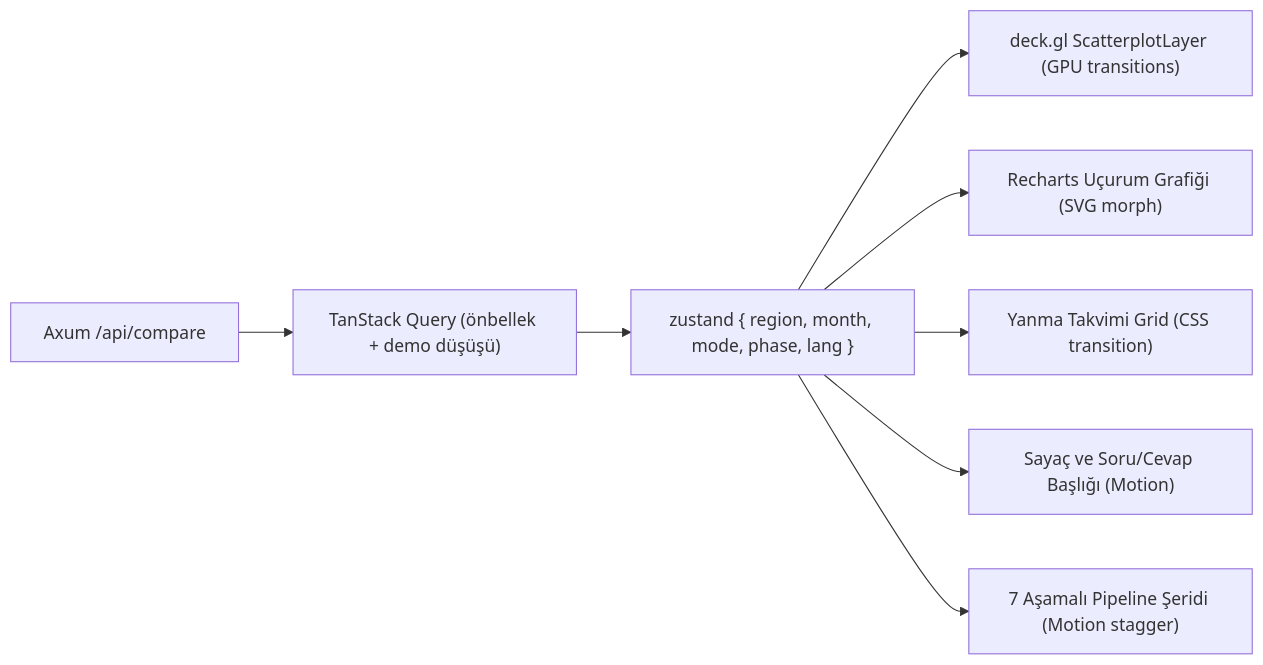
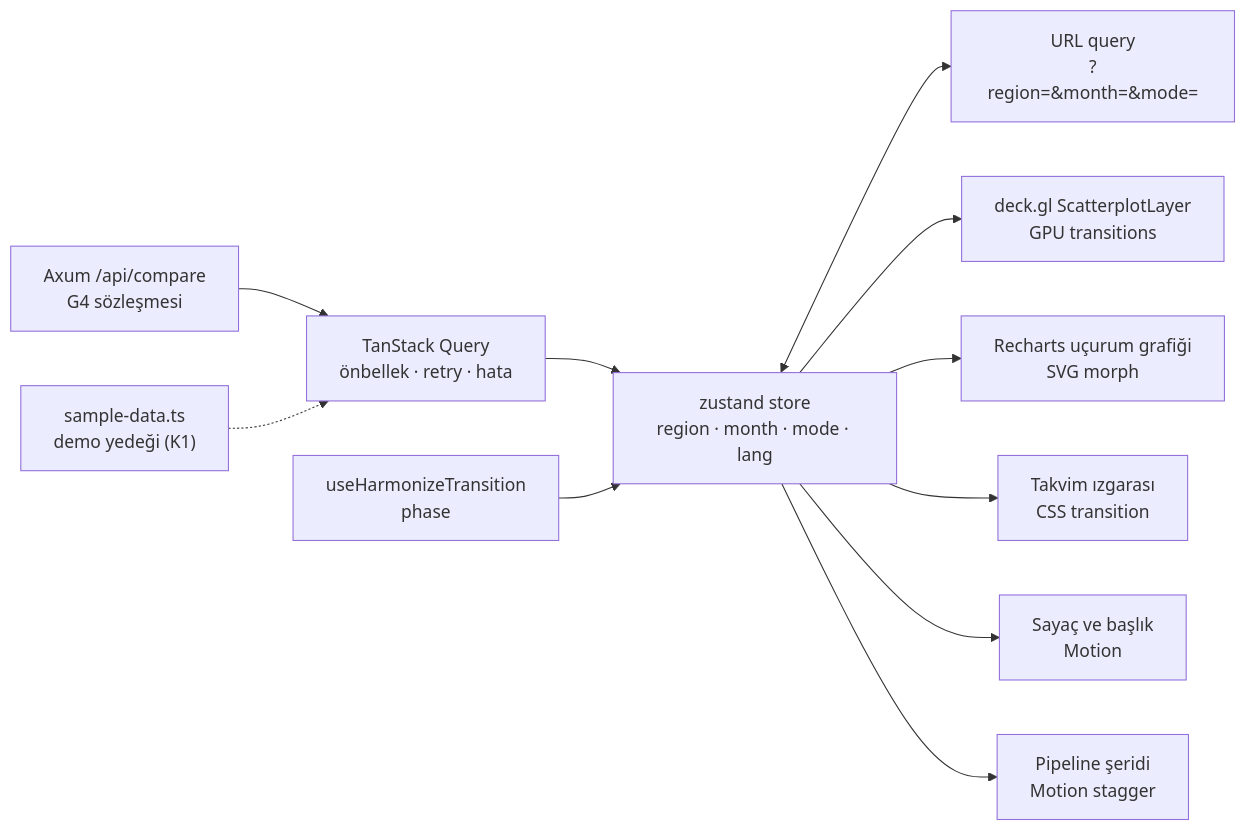
One commit to TeamMagi/SpaceApps2026-MODIS-VIIRS changed the first of 2 diagrams in docs/FRONTEND_STACK_ONERISI.md. Above: the diagram before and after it, drawn with Mermaid. The commit also changed other lines of this file and 162 other files, not shown here.

````diff
--- a/docs/FRONTEND_STACK_ONERISI.md
+++ b/docs/FRONTEND_STACK_ONERISI.md
@@ -113,10 +181,13 @@
 ```mermaid
 flowchart LR
-    API["Axum /api/compare"] --> TQ["TanStack Query (önbellek + demo düşüşü)"]
-    TQ --> ZS["zustand { region, month, mode, phase, lang }"]
-    ZS --> GL["deck.gl ScatterplotLayer (GPU transitions)"]
-    ZS --> RC["Recharts Uçurum Grafiği (SVG morph)"]
-    ZS --> CAL["Yanma Takvimi Grid (CSS transition)"]
-    ZS --> HUD["Sayaç ve Soru/Cevap Başlığı (Motion)"]
-    ZS --> PIPE["7 Aşamalı Pipeline Şeridi (Motion stagger)"]
+    API["Axum /api/compare<br/>G4 sözleşmesi"] --> Q["TanStack Query<br/>önbellek · retry · hata"]
+    DEMO["sample-data.ts<br/>demo yedeği (K1)"] -.-> Q
+    Q --> S["zustand store<br/>region · month · mode · lang"]
+    T["useHarmonizeTransition<br/>phase"] --> S
+    S <--> URL["URL query<br/>?region=&month=&mode="]
+    S --> MAP["deck.gl ScatterplotLayer<br/>GPU transitions"]
+    S --> CH["Recharts uçurum grafiği<br/>SVG morph"]
+    S --> CAL["Takvim ızgarası<br/>CSS transition"]
+    S --> CNT["Sayaç ve başlık<br/>Motion"]
+    S --> PIPE["Pipeline şeridi<br/>Motion stagger"]
 ```
````
